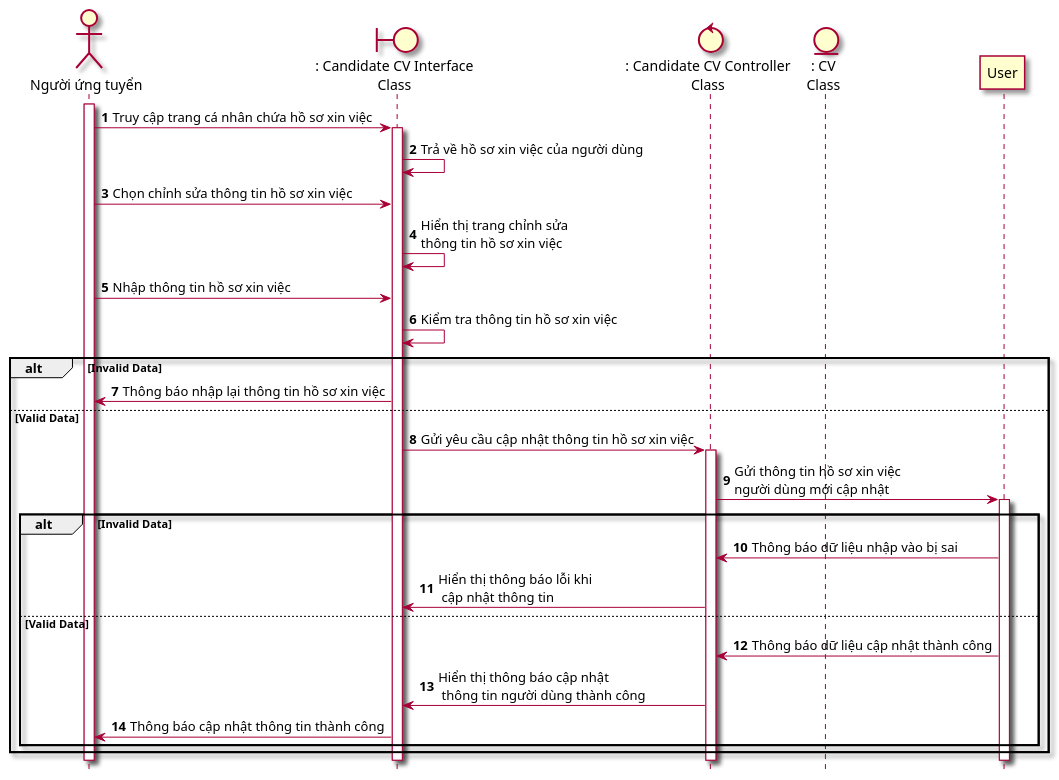
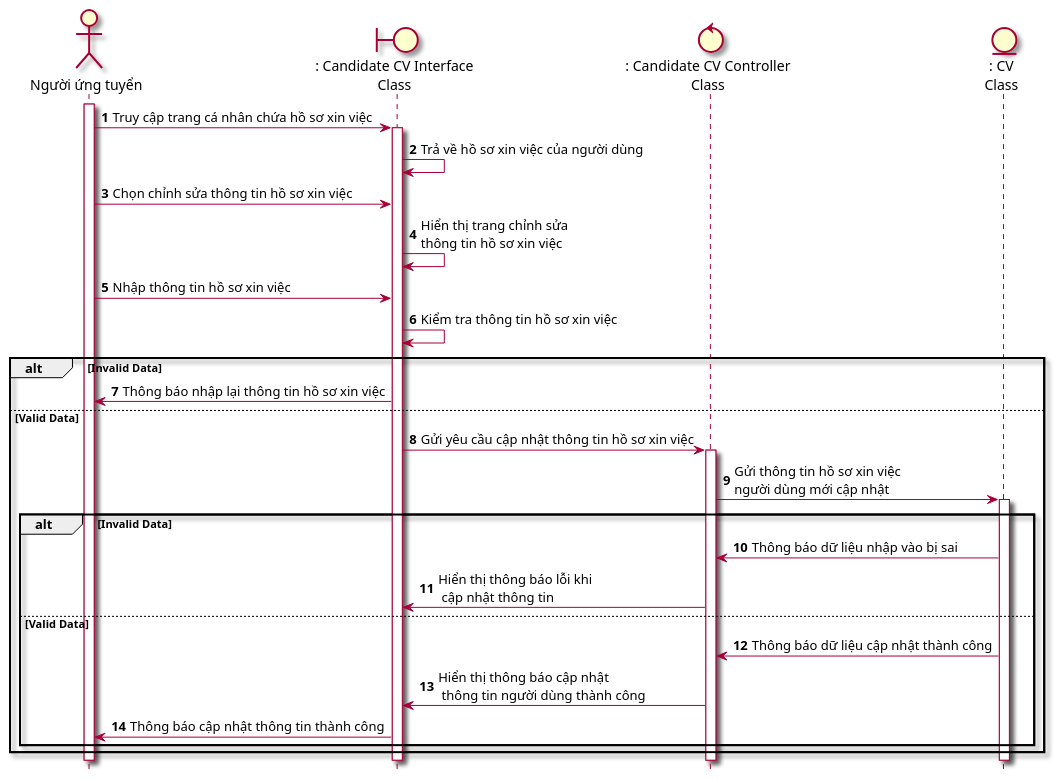
Before and after one commit to Griselda4774/EAS-EmploymentAssistanceSystem: the diagram in Lab1/Lab 1.2 Diagram/Sequence/FilePUML/6.2 SeqQuanLyHoSoXinViec.puml, drawn with PlantUML. The commit also changed 12 other files, not shown here.

```diff
--- a/Lab1/Lab 1.2 Diagram/Sequence/FilePUML/6.2 SeqQuanLyHoSoXinViec.puml
+++ b/Lab1/Lab 1.2 Diagram/Sequence/FilePUML/6.2 SeqQuanLyHoSoXinViec.puml
@@ -1,30 +1,30 @@
 @startuml SeqQuanLyHoSoXinViec
 skin rose
 hide footbox
 actor nguoiUngTuyen as "Người ứng tuyển"
-boundary candidateCVInterface as ": Candidate CV Interface\nClass"
-control candidateCVController as ": Candidate CV Controller\nClass"
+boundary candidateInterface as ": Candidate CV Interface\nClass"
+control cVController as ": Candidate CV Controller\nClass"
 entity CV as ": CV\nClass"
 autonumber
 nguoiUngTuyen++
-nguoiUngTuyen-> candidateCVInterface++: Truy cập trang cá nhân chứa hồ sơ xin việc
-candidateCVInterface->candidateCVInterface: Trả về hồ sơ xin việc của người dùng
-nguoiUngTuyen-> candidateCVInterface: Chọn chỉnh sửa thông tin hồ sơ xin việc
-candidateCVInterface-> candidateCVInterface: Hiển thị trang chỉnh sửa\nthông tin hồ sơ xin việc
-nguoiUngTuyen -> candidateCVInterface: Nhập thông tin hồ sơ xin việc
-candidateCVInterface->candidateCVInterface: Kiểm tra thông tin hồ sơ xin việc
+nguoiUngTuyen-> candidateInterface++: Truy cập trang cá nhân chứa hồ sơ xin việc
+candidateInterface->candidateInterface: Trả về hồ sơ xin việc của người dùng
+nguoiUngTuyen-> candidateInterface: Chọn chỉnh sửa thông tin hồ sơ xin việc
+candidateInterface-> candidateInterface: Hiển thị trang chỉnh sửa\nthông tin hồ sơ xin việc
+nguoiUngTuyen -> candidateInterface: Nhập thông tin hồ sơ xin việc
+candidateInterface->candidateInterface: Kiểm tra thông tin hồ sơ xin việc
 alt Invalid Data
-candidateCVInterface -> nguoiUngTuyen: Thông báo nhập lại thông tin hồ sơ xin việc
+candidateInterface -> nguoiUngTuyen: Thông báo nhập lại thông tin hồ sơ xin việc
 else Valid Data
-candidateCVInterface -> candidateCVController++: Gửi yêu cầu cập nhật thông tin hồ sơ xin việc
-candidateCVController -> User++: Gửi thông tin hồ sơ xin việc \nngười dùng mới cập nhật
+candidateInterface -> cVController++: Gửi yêu cầu cập nhật thông tin hồ sơ xin việc
+cVController -> CV++: Gửi thông tin hồ sơ xin việc \nngười dùng mới cập nhật
 alt Invalid Data
-User -> candidateCVController: Thông báo dữ liệu nhập vào bị sai
-candidateCVController -> candidateCVInterface: Hiển thị thông báo lỗi khi\n cập nhật thông tin
+CV -> cVController: Thông báo dữ liệu nhập vào bị sai
+cVController -> candidateInterface: Hiển thị thông báo lỗi khi\n cập nhật thông tin
 else Valid Data
-User -> candidateCVController: Thông báo dữ liệu cập nhật thành công
-candidateCVController -> candidateCVInterface: Hiển thị thông báo cập nhật\n thông tin người dùng thành công
-candidateCVInterface -> nguoiUngTuyen: Thông báo cập nhật thông tin thành công
+CV -> cVController: Thông báo dữ liệu cập nhật thành công
+cVController -> candidateInterface: Hiển thị thông báo cập nhật\n thông tin người dùng thành công
+candidateInterface -> nguoiUngTuyen: Thông báo cập nhật thông tin thành công
 end
 end
 @enduml
```
